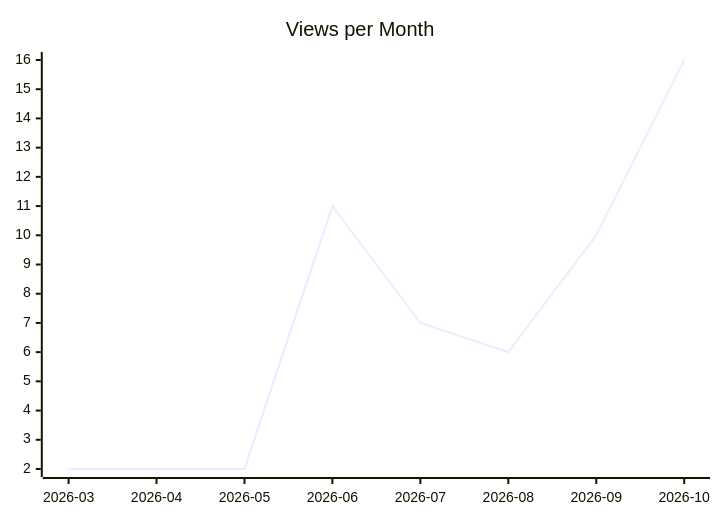
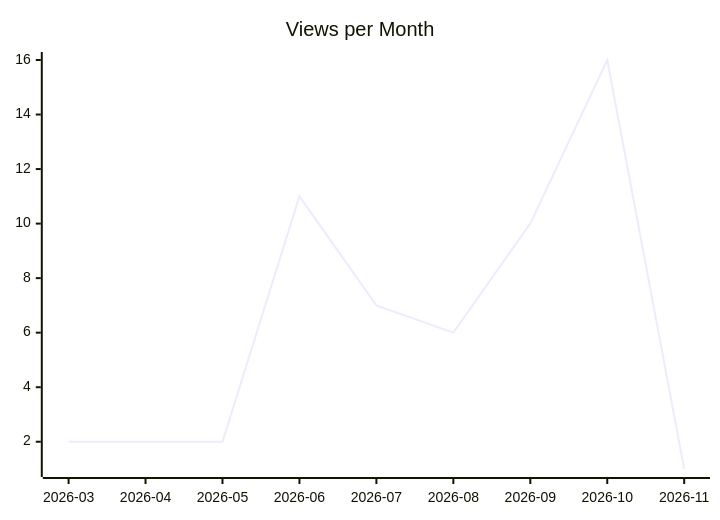
The second of 3 diagrams in karlmdavis/ansible-role-jenkins2/README.md (justdavis-family/github-analytics-data), drawn with Mermaid before and after one commit. The commit also changed other lines of this file and 201 other files, not shown here.

````diff
--- a/karlmdavis/ansible-role-jenkins2/README.md
+++ b/karlmdavis/ansible-role-jenkins2/README.md
@@ -12,6 +12,6 @@
 ```mermaid
 xychart-beta
   title "Views per Month"
-  x-axis ["2026-03", "2026-04", "2026-05", "2026-06", "2026-07", "2026-08", "2026-09", "2026-10"]
-  line [2, 2, 2, 11, 7, 6, 10, 16]
+  x-axis ["2026-03", "2026-04", "2026-05", "2026-06", "2026-07", "2026-08", "2026-09", "2026-10", "2026-11"]
+  line [2, 2, 2, 11, 7, 6, 10, 16, 1]
 ```
````
